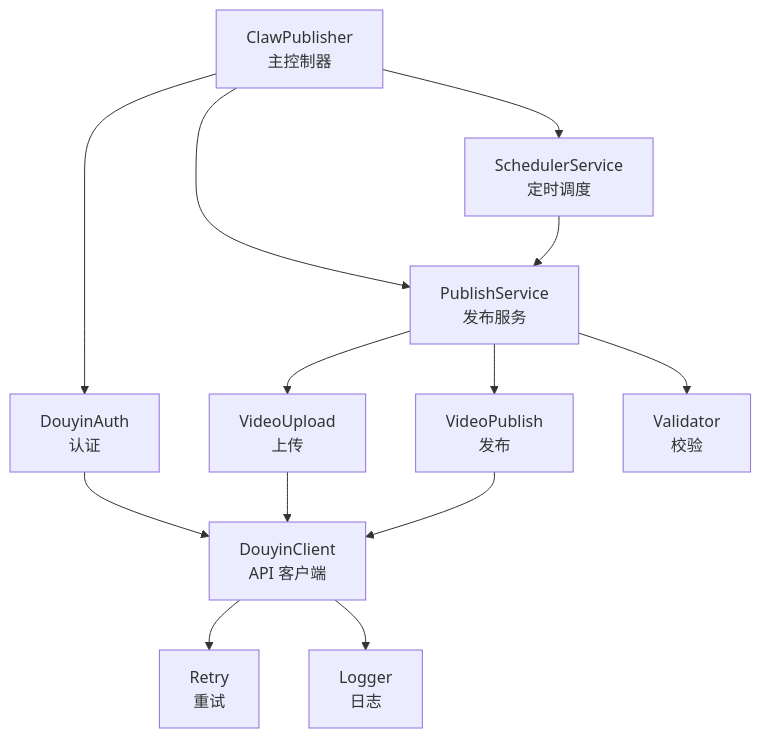
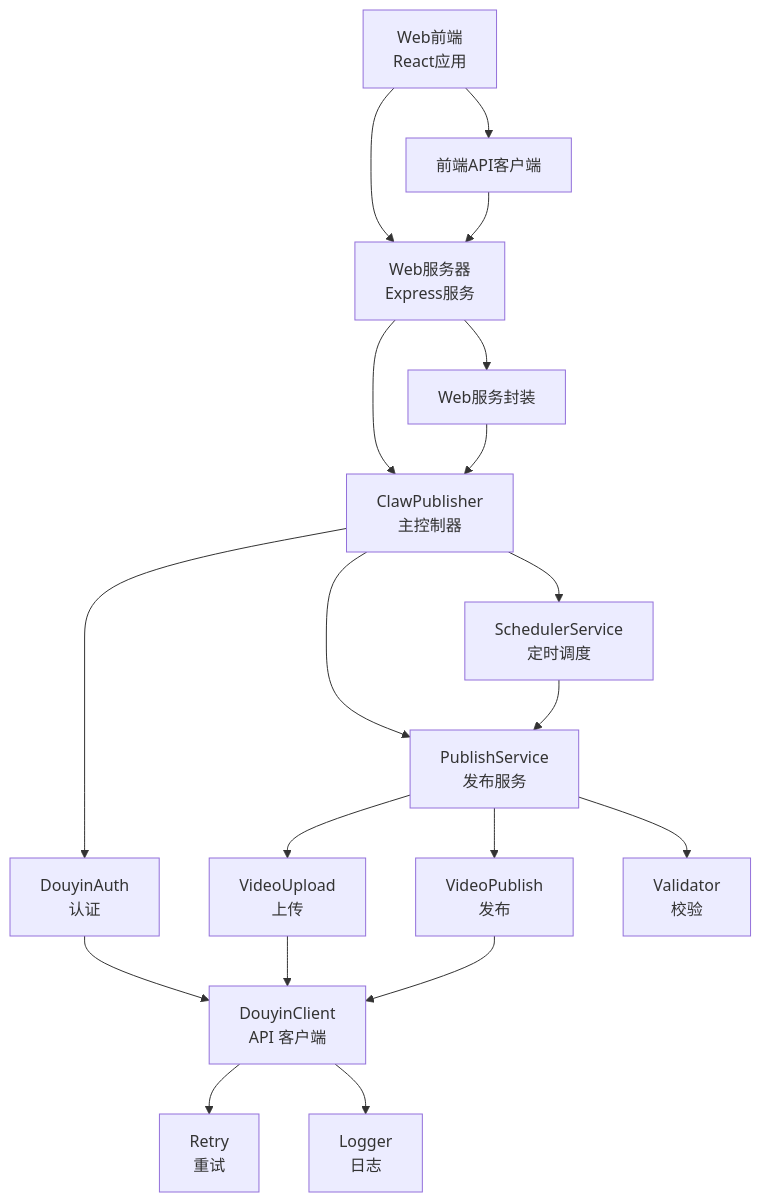
One commit to songdiyang/clawOperations changed the second of 10 diagrams in .qoder/repowiki/zh/content/项目概述/技术架构.md. Above: the diagram before and after it, drawn with Mermaid. The commit also changed other lines of this file and 69 other files, not shown here.

````diff
--- a/.qoder/repowiki/zh/content/项目概述/技术架构.md
+++ b/.qoder/repowiki/zh/content/项目概述/技术架构.md
@@ -141,15 +211,21 @@
 ```mermaid
 graph TB
 CP["ClawPublisher<br/>主控制器"] --> AUTH["DouyinAuth<br/>认证"]
 CP --> PS["PublishService<br/>发布服务"]
 CP --> SS["SchedulerService<br/>定时调度"]
 PS --> VU["VideoUpload<br/>上传"]
 PS --> VP["VideoPublish<br/>发布"]
 PS --> VALID["Validator<br/>校验"]
 VU --> DC["DouyinClient<br/>API 客户端"]
 VP --> DC
 AUTH --> DC
 DC --> RETRY["Retry<br/>重试"]
 DC --> LOG["Logger<br/>日志"]
 SS --> PS
+WS["Web服务器<br/>Express服务"] --> CP
+WS --> ENDSERVICE["Web服务封装"]
+ENDSERVICE --> CP
+WC["Web前端<br/>React应用"] --> WS
+WC --> API["前端API客户端"]
+API --> WS
 ```
````
